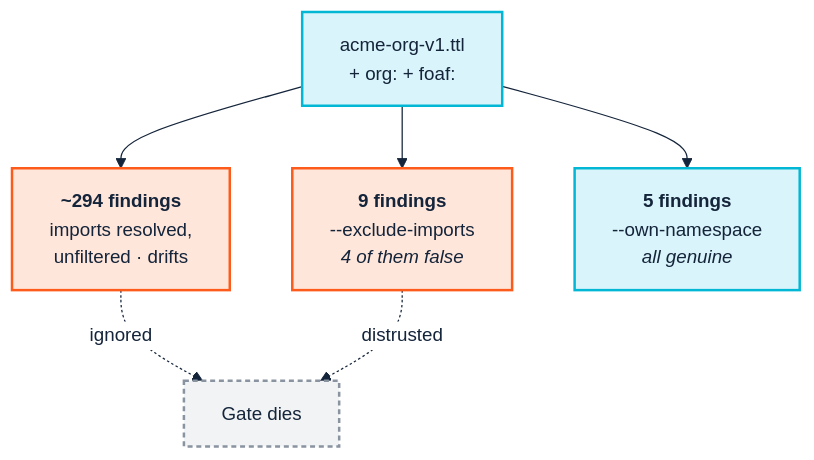
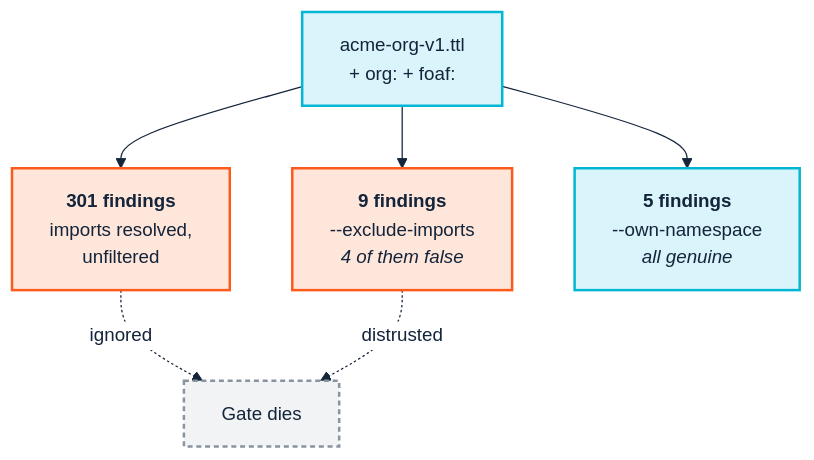
One commit to pwin/SemOpsManual changed the diagram in docs/09-continuous-integration.md. Above: the diagram before and after it, drawn with Mermaid. The commit also changed other lines of this file and 5 other files, not shown here.

````diff
--- a/docs/09-continuous-integration.md
+++ b/docs/09-continuous-integration.md
@@ -194,24 +185,24 @@
 ```mermaid
 %%{init: {'theme':'base','themeVariables':{
   'fontSize':'15px','fontFamily':'Segoe UI, Helvetica, Arial, sans-serif',
   'lineColor':'#14243A','primaryTextColor':'#14243A',
   'edgeLabelBackground':'#FFFFFF'}}}%%
 flowchart TD
     ONT["acme-org-v1.ttl<br/>+ org: + foaf:"]
 
-    A["<b>~294 findings</b><br/>imports resolved,<br/>unfiltered · drifts"]
+    A["<b>301 findings</b><br/>imports resolved,<br/>unfiltered"]
     B["<b>9 findings</b><br/>--exclude-imports<br/><i>4 of them false</i>"]
     C["<b>5 findings</b><br/>--own-namespace<br/><i>all genuine</i>"]
 
     ONT --> A
     ONT --> B
     ONT --> C
 
     A -.->|"ignored"| DEAD["Gate dies"]
     B -.->|"distrusted"| DEAD
 
     classDef ci fill:#D9F4FA,stroke:#02B7D4,stroke-width:2px,color:#14243A;
     classDef human fill:#FFE6DA,stroke:#FD5B1C,stroke-width:2px,color:#14243A;
     classDef gap fill:#F1F3F5,stroke:#8A93A0,stroke-width:2px,color:#14243A,stroke-dasharray:4 3;
     class ONT ci; class A,B human; class C ci; class DEAD gap;
 ```
````
